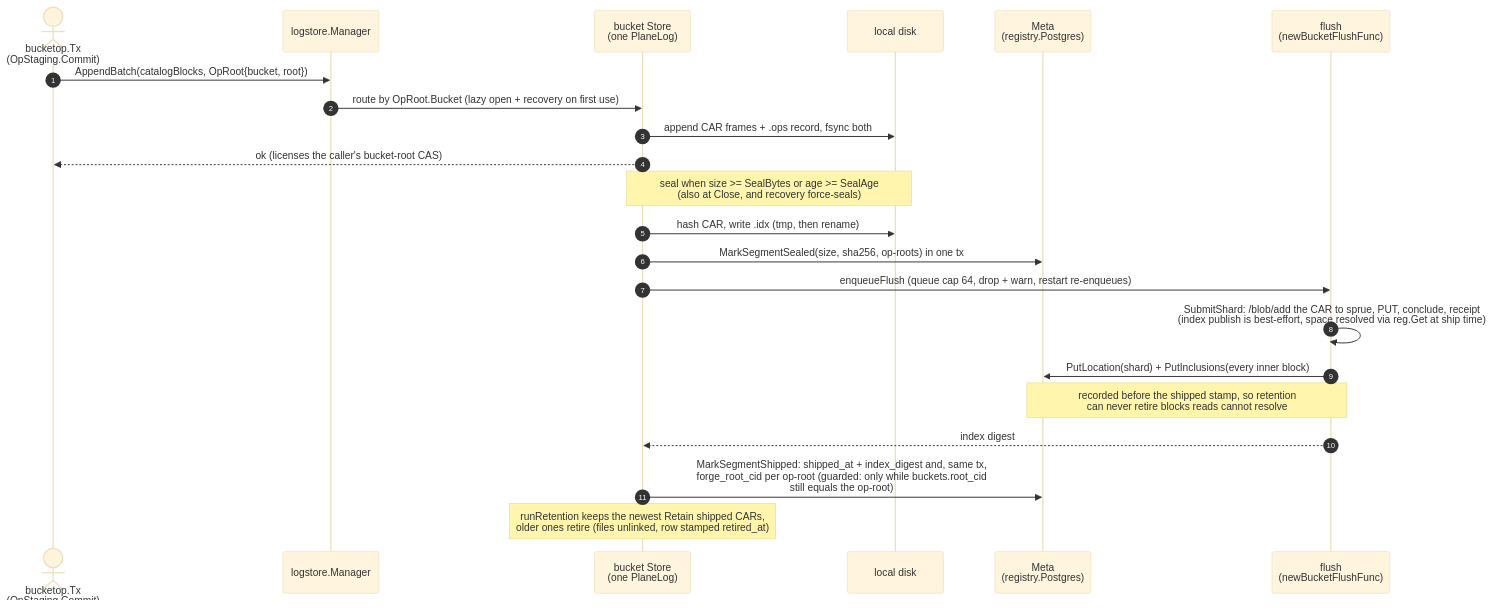
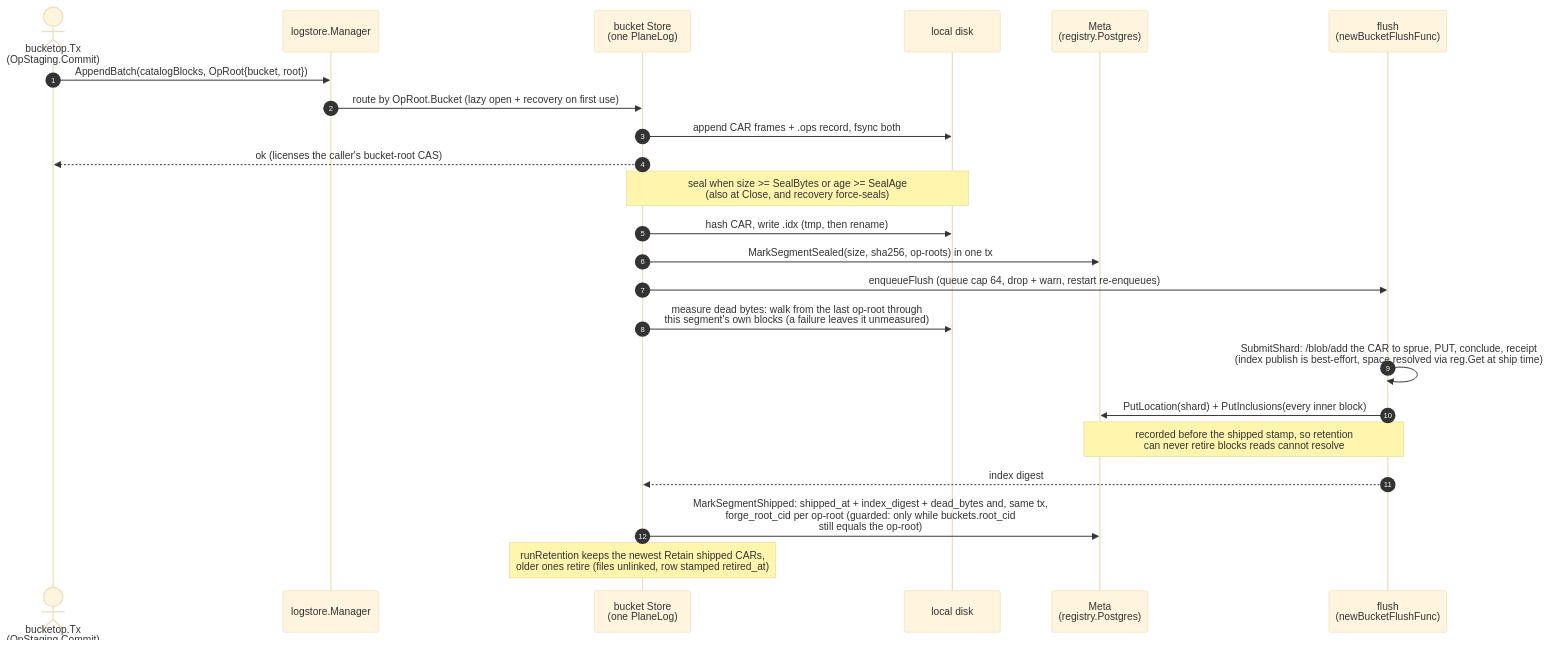
One commit to fil-forge/ingot changed the first of 2 diagrams in logstore/README.md. Above: the diagram before and after it, drawn with Mermaid (base theme). The commit also changed other lines of this file and 27 other files, not shown here.

First line of the commit message:
Measure dead catalog bytes at ship and report per-bucket catalog gauges

````diff
--- a/logstore/README.md
+++ b/logstore/README.md
@@ -56,27 +56,28 @@
 ```mermaid
 sequenceDiagram
     autonumber
     actor C as bucketop.Tx<br/>(OpStaging.Commit)
     participant M as logstore.Manager
     participant S as bucket Store<br/>(one PlaneLog)
     participant FS as local disk
     participant DB as Meta<br/>(registry.Postgres)
     participant F as flush<br/>(newBucketFlushFunc)
 
     C->>M: AppendBatch(catalogBlocks, OpRoot{bucket, root})
     M->>S: route by OpRoot.Bucket (lazy open + recovery on first use)
     S->>FS: append CAR frames + .ops record, fsync both
     S-->>C: ok (licenses the caller's bucket-root CAS)
 
     Note over S,FS: seal when size >= SealBytes or age >= SealAge<br/>(also at Close, and recovery force-seals)
     S->>FS: hash CAR, write .idx (tmp, then rename)
     S->>DB: MarkSegmentSealed(size, sha256, op-roots) in one tx
     S->>F: enqueueFlush (queue cap 64, drop + warn, restart re-enqueues)
 
+    S->>FS: measure dead bytes: walk from the last op-root through<br/>this segment's own blocks (a failure leaves it unmeasured)
     F->>F: SubmitShard: /blob/add the CAR to sprue, PUT, conclude, receipt<br/>(index publish is best-effort, space resolved via reg.Get at ship time)
     F->>DB: PutLocation(shard) + PutInclusions(every inner block)
     Note over F,DB: recorded before the shipped stamp, so retention<br/>can never retire blocks reads cannot resolve
     F-->>S: index digest
-    S->>DB: MarkSegmentShipped: shipped_at + index_digest and, same tx,<br/>forge_root_cid per op-root (guarded: only while buckets.root_cid<br/>still equals the op-root)
+    S->>DB: MarkSegmentShipped: shipped_at + index_digest + dead_bytes and, same tx,<br/>forge_root_cid per op-root (guarded: only while buckets.root_cid<br/>still equals the op-root)
     Note over S: runRetention keeps the newest Retain shipped CARs,<br/>older ones retire (files unlinked, row stamped retired_at)
 ```
````
